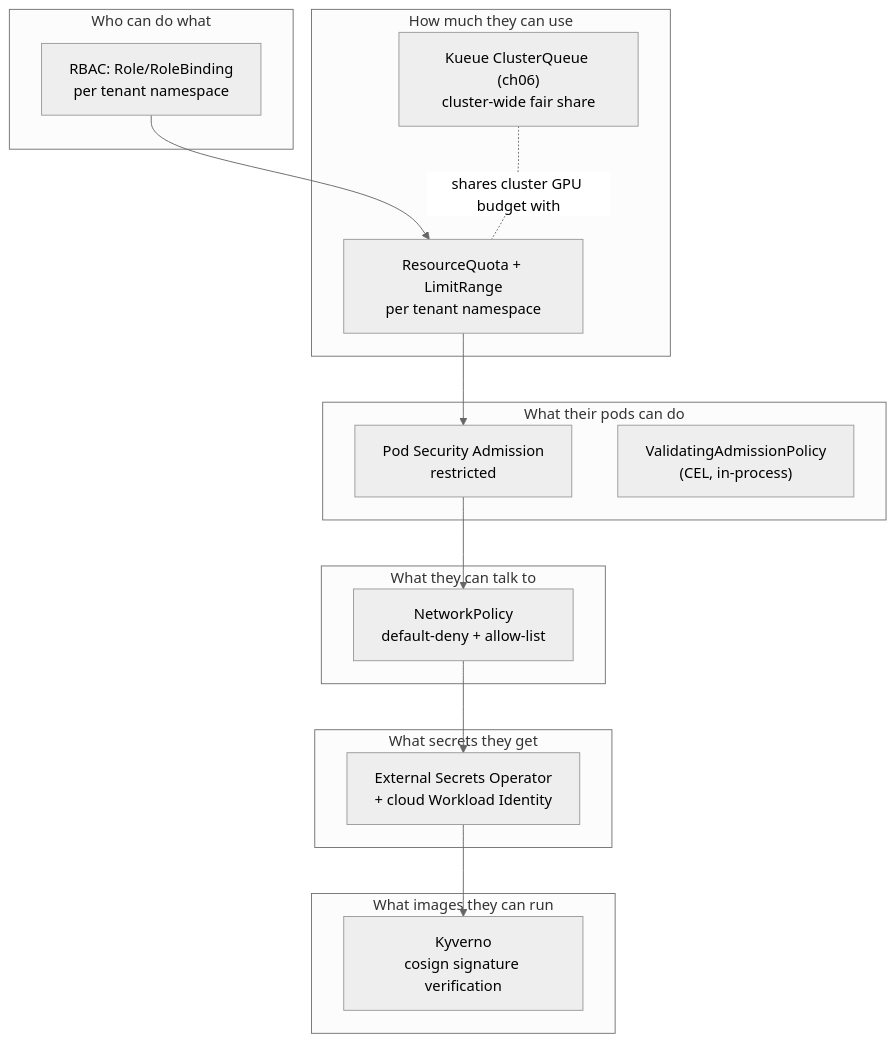
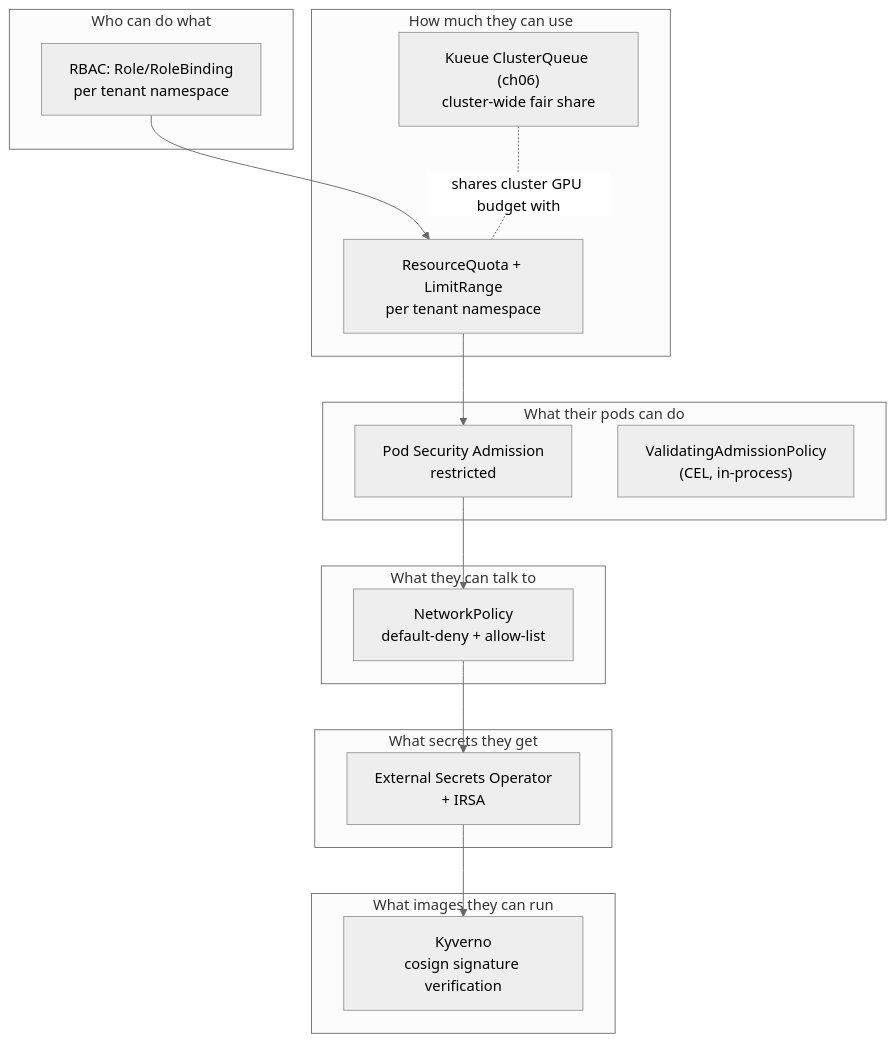
The first of 3 diagrams in 14-multi-tenancy-and-security/README.md (GitOpsHub/kubernetes-ai-infrastructure), drawn with Mermaid (neutral theme) before and after one commit. The commit also changed other lines of this file and 25 other files, not shown here.

````diff
--- a/14-multi-tenancy-and-security/README.md
+++ b/14-multi-tenancy-and-security/README.md
@@ -40,25 +40,25 @@
 ```mermaid
 flowchart TB
     subgraph "Who can do what"
         RBAC[RBAC: Role/RoleBinding<br/>per tenant namespace]
     end
     subgraph "How much they can use"
         RQ[ResourceQuota + LimitRange<br/>per tenant namespace]
         KQ["Kueue ClusterQueue (ch06)<br/>cluster-wide fair share"]
     end
     subgraph "What their pods can do"
         PSA[Pod Security Admission<br/>restricted]
         VAP["ValidatingAdmissionPolicy<br/>(CEL, in-process)"]
     end
     subgraph "What they can talk to"
         NP[NetworkPolicy<br/>default-deny + allow-list]
     end
     subgraph "What secrets they get"
-        ESO["External Secrets Operator<br/>+ cloud Workload Identity"]
+        ESO["External Secrets Operator<br/>+ IRSA"]
     end
     subgraph "What images they can run"
         KYV["Kyverno<br/>cosign signature verification"]
     end
     RBAC --> RQ --> PSA --> NP --> ESO --> KYV
     KQ -.shares cluster GPU budget with.- RQ
 ```
````
